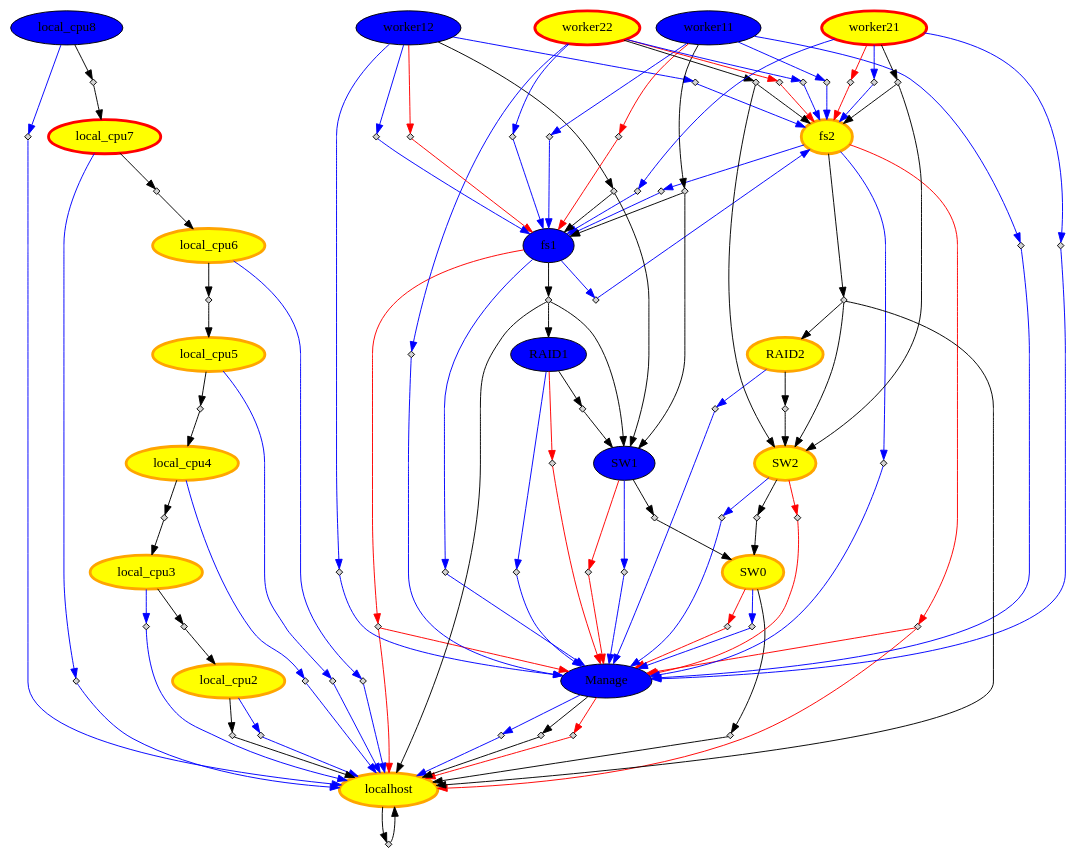
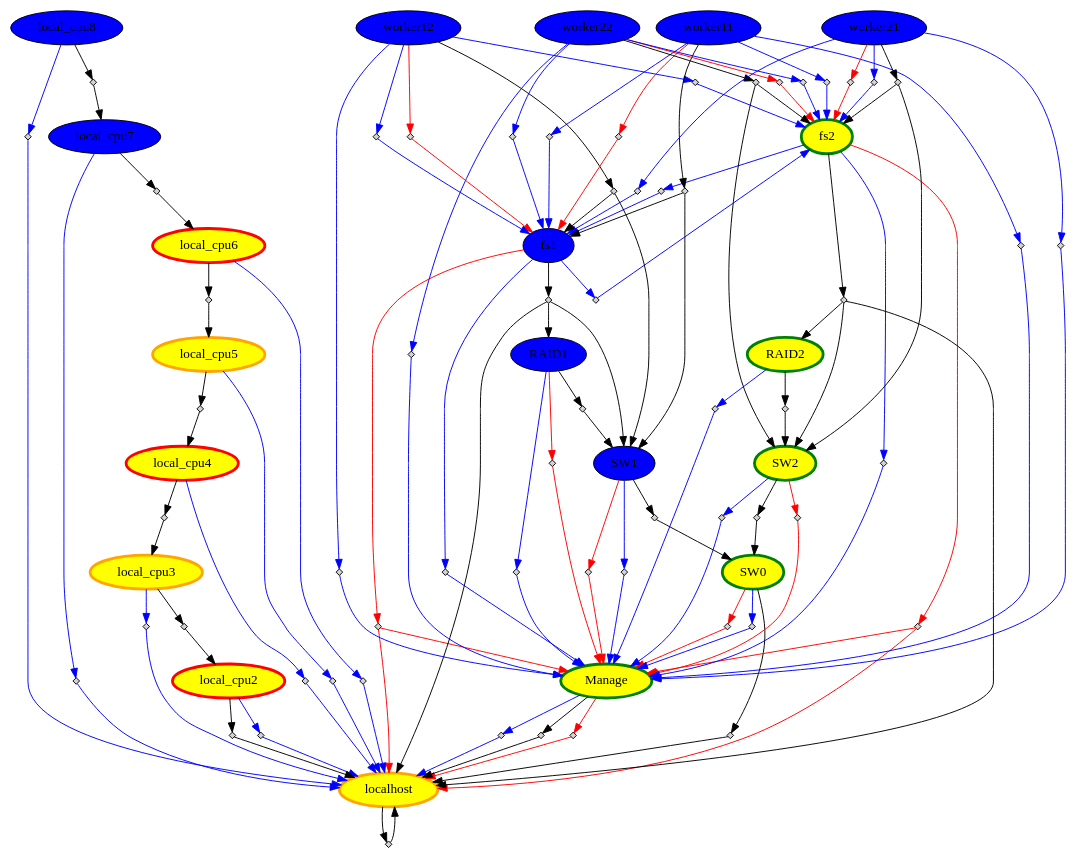
One commit to amgaa/ClusterNap changed the diagram in server/CN.dot. Above: the diagram before and after it, drawn with Graphviz. The commit also changed 9 other files, not shown here.

```diff
--- a/server/CN.dot
+++ b/server/CN.dot
@@ -1,23 +1,23 @@
 digraph CN { 
 "local_cpu8" [style="filled"	 color=black, fillcolor= blue] ;
-"local_cpu4" [style="filled"	 color=orange, penwidth=3, fillcolor= yellow] ;
+"local_cpu4" [style="filled"	 color=red, penwidth=3, fillcolor= yellow] ;
 "local_cpu5" [style="filled"	 color=orange, penwidth=3, fillcolor= yellow] ;
-"local_cpu6" [style="filled"	 color=orange, penwidth=3, fillcolor= yellow] ;
-"local_cpu7" [style="filled"	 color=red, penwidth=3, fillcolor= yellow] ;
-"local_cpu2" [style="filled"	 color=orange, penwidth=3, fillcolor= yellow] ;
+"local_cpu6" [style="filled"	 color=red, penwidth=3, fillcolor= yellow] ;
+"local_cpu7" [style="filled"	 color=black, fillcolor= blue] ;
+"local_cpu2" [style="filled"	 color=red, penwidth=3, fillcolor= yellow] ;
 "local_cpu3" [style="filled"	 color=orange, penwidth=3, fillcolor= yellow] ;
 "RAID1" [style="filled"	 color=black, fillcolor= blue] ;
 "worker12" [style="filled"	 color=black, fillcolor= blue] ;
-"Manage" [style="filled"	 color=black, fillcolor= blue] ;
+"Manage" [style="filled"	 color=green, penwidth=3, fillcolor= yellow] ;
 "fs1" [style="filled"	 color=black, fillcolor= blue] ;
-"fs2" [style="filled"	 color=orange, penwidth=3, fillcolor= yellow] ;
+"fs2" [style="filled"	 color=green, penwidth=3, fillcolor= yellow] ;
 "worker11" [style="filled"	 color=black, fillcolor= blue] ;
-"worker22" [style="filled"	 color=red, penwidth=3, fillcolor= yellow] ;
-"RAID2" [style="filled"	 color=orange, penwidth=3, fillcolor= yellow] ;
+"worker22" [style="filled"	 color=black, fillcolor= blue] ;
+"RAID2" [style="filled"	 color=green, penwidth=3, fillcolor= yellow] ;
 "SW1" [style="filled"	 color=black, fillcolor= blue] ;
-"SW0" [style="filled"	 color=orange, penwidth=3, fillcolor= yellow] ;
-"SW2" [style="filled"	 color=orange, penwidth=3, fillcolor= yellow] ;
-"worker21" [style="filled"	 color=red, penwidth=3, fillcolor= yellow] ;
+"SW0" [style="filled"	 color=green, penwidth=3, fillcolor= yellow] ;
+"SW2" [style="filled"	 color=green, penwidth=3, fillcolor= yellow] ;
+"worker21" [style="filled"	 color=black, fillcolor= blue] ;
 "localhost" [style="filled"	 color=orange, penwidth=3, fillcolor= yellow] ;
 "RAID1" -> "OR:ON:RAID10" [color=red];
 "OR:ON:RAID10" [shape=diamond, style=filled, label="", height=.1, width=.1];
```
